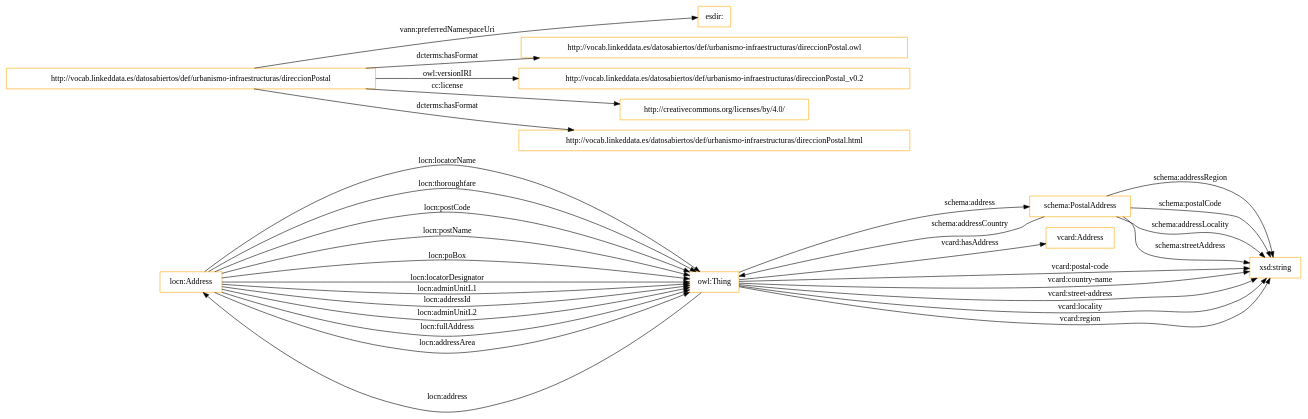
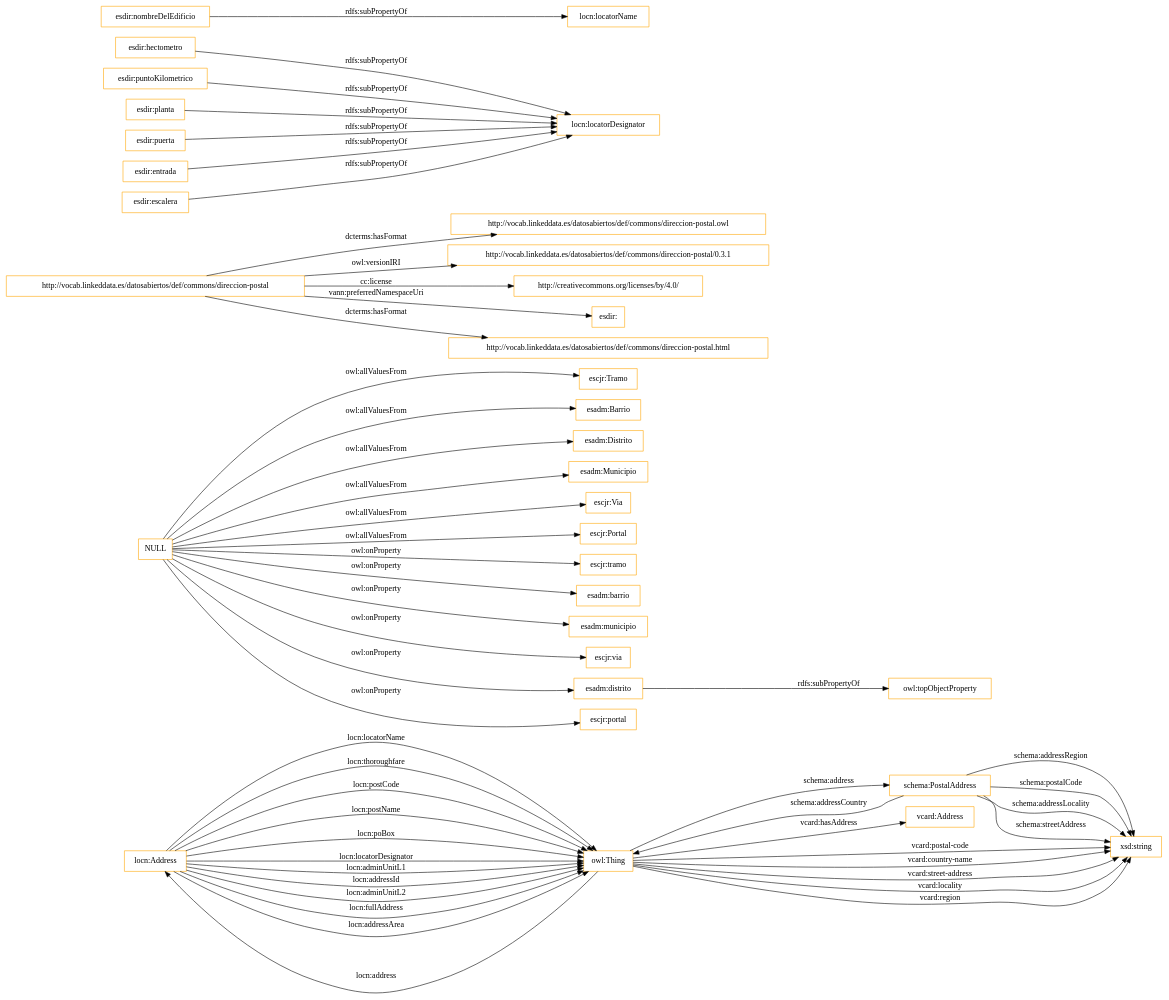
One commit to opencitydata/commons-direccion-postal changed the diagram in OnToology/direccionpostal.owl/diagrams/ar2dtool-class/direccionpostal.owl.png.dot. Above: the diagram before and after it, drawn with Graphviz. The commit also changed 13 other files, not shown here.

```diff
--- a/OnToology/direccionpostal.owl/diagrams/ar2dtool-class/direccionpostal.owl.png.dot
+++ b/OnToology/direccionpostal.owl/diagrams/ar2dtool-class/direccionpostal.owl.png.dot
@@ -1,35 +1,55 @@
 digraph ar2dtool_diagram { 
 rankdir=LR;
 size="1501"
-node [shape = rectangle, color="orange"]; "locn:Address" "vcard:Address" "schema:PostalAddress" ; /*classes style*/
-	"http://vocab.linkeddata.es/datosabiertos/def/urbanismo-infraestructuras/direccionPostal" -> "esdir:" [ label = "vann:preferredNamespaceUri" ];
-	"http://vocab.linkeddata.es/datosabiertos/def/urbanismo-infraestructuras/direccionPostal" -> "http://vocab.linkeddata.es/datosabiertos/def/urbanismo-infraestructuras/direccionPostal.owl" [ label = "dcterms:hasFormat" ];
-	"http://vocab.linkeddata.es/datosabiertos/def/urbanismo-infraestructuras/direccionPostal" -> "http://vocab.linkeddata.es/datosabiertos/def/urbanismo-infraestructuras/direccionPostal_v0.2" [ label = "owl:versionIRI" ];
-	"http://vocab.linkeddata.es/datosabiertos/def/urbanismo-infraestructuras/direccionPostal" -> "http://creativecommons.org/licenses/by/4.0/" [ label = "cc:license" ];
-	"http://vocab.linkeddata.es/datosabiertos/def/urbanismo-infraestructuras/direccionPostal" -> "http://vocab.linkeddata.es/datosabiertos/def/urbanismo-infraestructuras/direccionPostal.html" [ label = "dcterms:hasFormat" ];
+node [shape = rectangle, color="orange"]; "locn:Address" "escjr:Tramo" "schema:PostalAddress" "esadm:Barrio" "esadm:Distrito" "vcard:Address" "esadm:Municipio" "escjr:Via" "escjr:Portal" ; /*classes style*/
+	"NULL" -> "escjr:tramo" [ label = "owl:onProperty" ];
+	"NULL" -> "esadm:barrio" [ label = "owl:onProperty" ];
+	"NULL" -> "esadm:Barrio" [ label = "owl:allValuesFrom" ];
+	"NULL" -> "esadm:municipio" [ label = "owl:onProperty" ];
+	"NULL" -> "esadm:Distrito" [ label = "owl:allValuesFrom" ];
+	"NULL" -> "escjr:via" [ label = "owl:onProperty" ];
+	"NULL" -> "escjr:Portal" [ label = "owl:allValuesFrom" ];
+	"NULL" -> "esadm:distrito" [ label = "owl:onProperty" ];
+	"NULL" -> "escjr:Tramo" [ label = "owl:allValuesFrom" ];
+	"NULL" -> "escjr:portal" [ label = "owl:onProperty" ];
+	"NULL" -> "escjr:Via" [ label = "owl:allValuesFrom" ];
+	"NULL" -> "esadm:Municipio" [ label = "owl:allValuesFrom" ];
+	"http://vocab.linkeddata.es/datosabiertos/def/commons/direccion-postal" -> "http://vocab.linkeddata.es/datosabiertos/def/commons/direccion-postal.owl" [ label = "dcterms:hasFormat" ];
+	"http://vocab.linkeddata.es/datosabiertos/def/commons/direccion-postal" -> "http://vocab.linkeddata.es/datosabiertos/def/commons/direccion-postal/0.3.1" [ label = "owl:versionIRI" ];
+	"http://vocab.linkeddata.es/datosabiertos/def/commons/direccion-postal" -> "http://creativecommons.org/licenses/by/4.0/" [ label = "cc:license" ];
+	"http://vocab.linkeddata.es/datosabiertos/def/commons/direccion-postal" -> "esdir:" [ label = "vann:preferredNamespaceUri" ];
+	"http://vocab.linkeddata.es/datosabiertos/def/commons/direccion-postal" -> "http://vocab.linkeddata.es/datosabiertos/def/commons/direccion-postal.html" [ label = "dcterms:hasFormat" ];
+	"esdir:hectometro" -> "locn:locatorDesignator" [ label = "rdfs:subPropertyOf" ];
+	"esdir:puntoKilometrico" -> "locn:locatorDesignator" [ label = "rdfs:subPropertyOf" ];
+	"esadm:distrito" -> "owl:topObjectProperty" [ label = "rdfs:subPropertyOf" ];
+	"esdir:planta" -> "locn:locatorDesignator" [ label = "rdfs:subPropertyOf" ];
+	"esdir:nombreDelEdificio" -> "locn:locatorName" [ label = "rdfs:subPropertyOf" ];
+	"esdir:puerta" -> "locn:locatorDesignator" [ label = "rdfs:subPropertyOf" ];
+	"esdir:entrada" -> "locn:locatorDesignator" [ label = "rdfs:subPropertyOf" ];
+	"esdir:escalera" -> "locn:locatorDesignator" [ label = "rdfs:subPropertyOf" ];
 	"locn:Address" -> "owl:Thing" [ label = "locn:locatorName" ];
 	"locn:Address" -> "owl:Thing" [ label = "locn:thoroughfare" ];
 	"locn:Address" -> "owl:Thing" [ label = "locn:postCode" ];
 	"schema:PostalAddress" -> "xsd:string" [ label = "schema:addressRegion" ];
 	"owl:Thing" -> "vcard:Address" [ label = "vcard:hasAddress" ];
 	"locn:Address" -> "owl:Thing" [ label = "locn:postName" ];
 	"schema:PostalAddress" -> "xsd:string" [ label = "schema:postalCode" ];
 	"owl:Thing" -> "xsd:string" [ label = "vcard:postal-code" ];
 	"owl:Thing" -> "xsd:string" [ label = "vcard:country-name" ];
 	"locn:Address" -> "owl:Thing" [ label = "locn:poBox" ];
 	"locn:Address" -> "owl:Thing" [ label = "locn:locatorDesignator" ];
 	"schema:PostalAddress" -> "xsd:string" [ label = "schema:addressLocality" ];
 	"locn:Address" -> "owl:Thing" [ label = "locn:adminUnitL1" ];
 	"locn:Address" -> "owl:Thing" [ label = "locn:addressId" ];
 	"owl:Thing" -> "xsd:string" [ label = "vcard:street-address" ];
 	"locn:Address" -> "owl:Thing" [ label = "locn:adminUnitL2" ];
 	"owl:Thing" -> "schema:PostalAddress" [ label = "schema:address" ];
 	"schema:PostalAddress" -> "owl:Thing" [ label = "schema:addressCountry" ];
+	"owl:Thing" -> "xsd:string" [ label = "vcard:locality" ];
 	"owl:Thing" -> "locn:Address" [ label = "locn:address" ];
-	"owl:Thing" -> "xsd:string" [ label = "vcard:locality" ];
 	"locn:Address" -> "owl:Thing" [ label = "locn:fullAddress" ];
 	"owl:Thing" -> "xsd:string" [ label = "vcard:region" ];
 	"locn:Address" -> "owl:Thing" [ label = "locn:addressArea" ];
 	"schema:PostalAddress" -> "xsd:string" [ label = "schema:streetAddress" ];
 
 }
```
